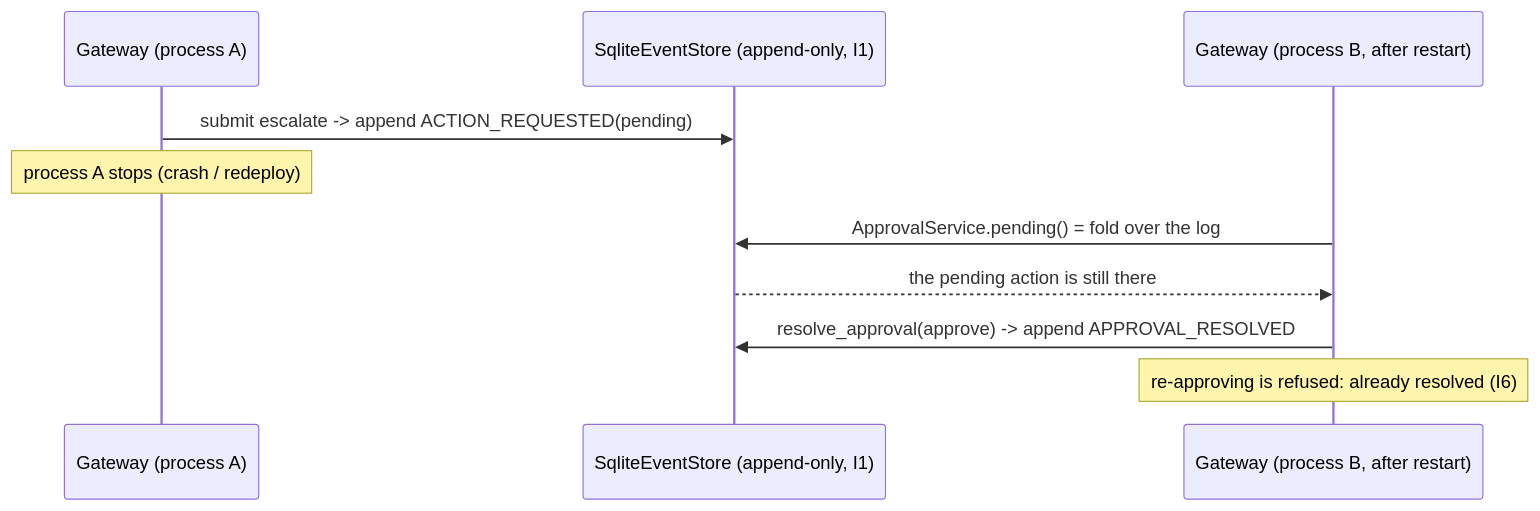
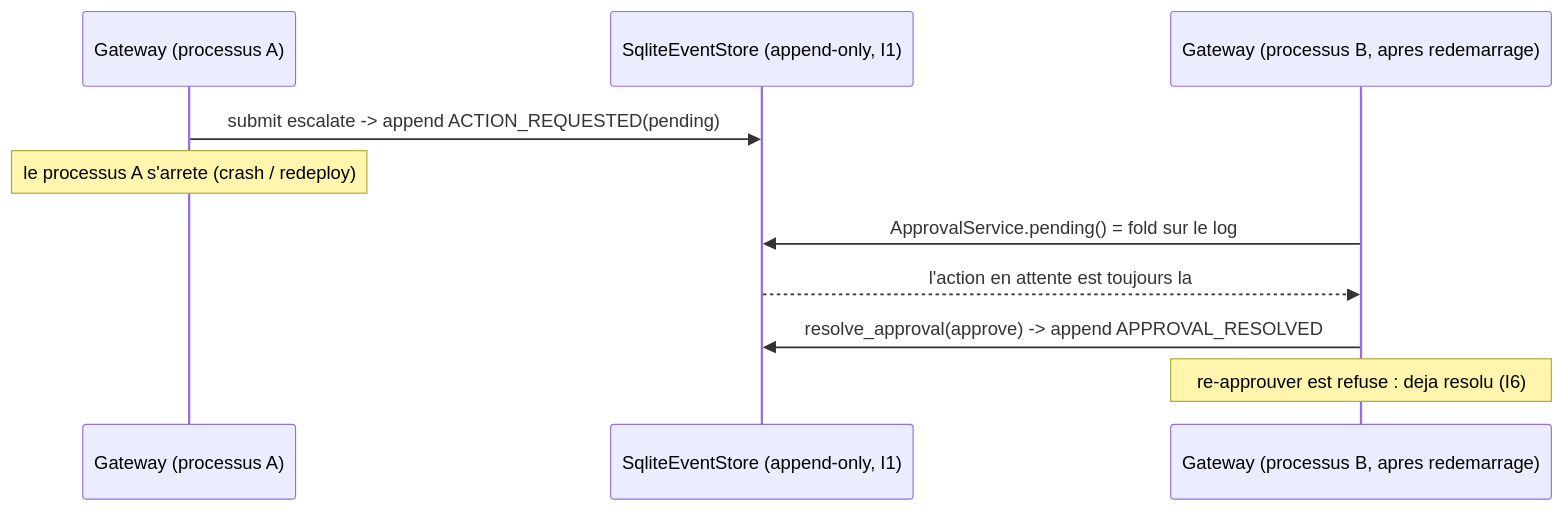
One commit to mo0ogly/recette_IA_agents changed the second of 2 diagrams in docs/runbooks/approval-durability.md. Above: the diagram before and after it, drawn with Mermaid. The commit also changed other lines of this file and 25 other files, not shown here.

````diff
--- a/docs/runbooks/approval-durability.md
+++ b/docs/runbooks/approval-durability.md
@@ -41,12 +43,12 @@
 ```mermaid
 sequenceDiagram
-  participant GW1 as Gateway (process A)
+  participant GW1 as Gateway (processus A)
   participant LOG as SqliteEventStore (append-only, I1)
-  participant GW2 as Gateway (process B, after restart)
+  participant GW2 as Gateway (processus B, apres redemarrage)
   GW1->>LOG: submit escalate -> append ACTION_REQUESTED(pending)
-  Note over GW1: process A stops (crash / redeploy)
-  GW2->>LOG: ApprovalService.pending() = fold over the log
-  LOG-->>GW2: the pending action is still there
+  Note over GW1: le processus A s'arrete (crash / redeploy)
+  GW2->>LOG: ApprovalService.pending() = fold sur le log
+  LOG-->>GW2: l'action en attente est toujours la
   GW2->>LOG: resolve_approval(approve) -> append APPROVAL_RESOLVED
-  Note over GW2: re-approving is refused: already resolved (I6)
+  Note over GW2: re-approuver est refuse : deja resolu (I6)
 ```
````
